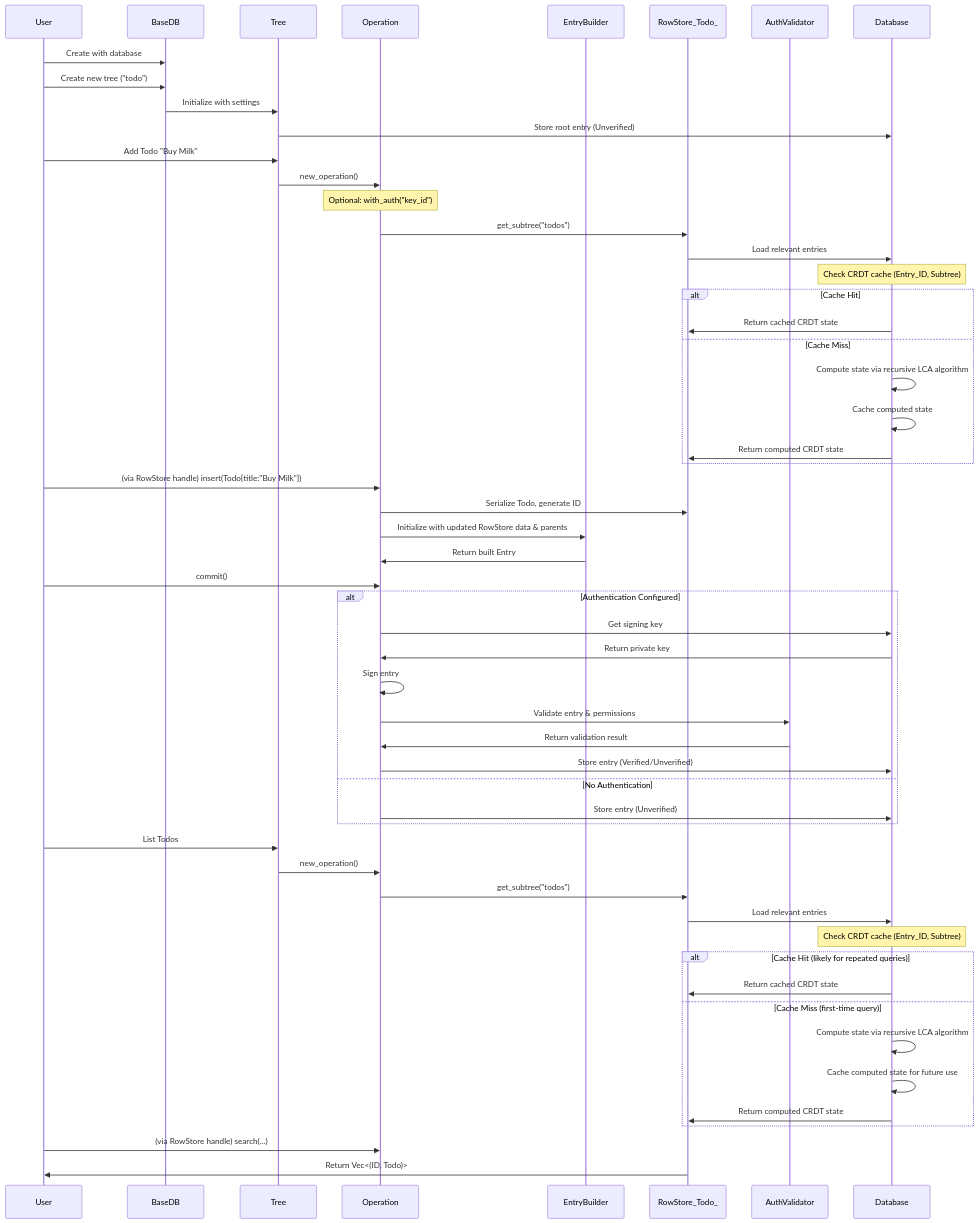
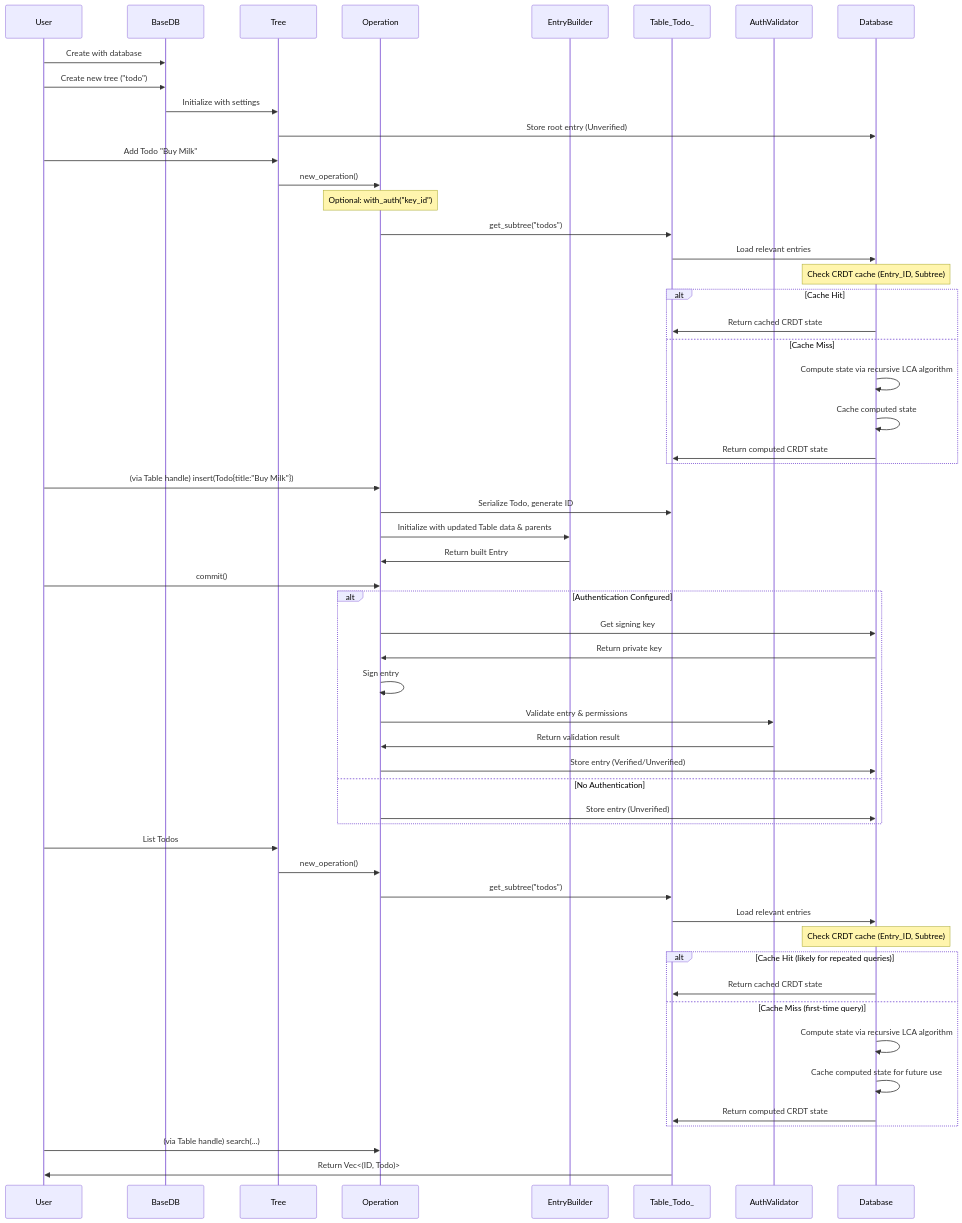
One commit to arcuru/eidetica changed the diagram in docs/src/internal/data_flow.md. Above: the diagram before and after it, drawn with Mermaid. The commit also changed 42 other files, not shown here.

Commit message:
refactor: rename subtree types KVStore->Dict, RowStore->Table, YrsStore->YDoc

````diff
--- a/docs/src/internal/data_flow.md
+++ b/docs/src/internal/data_flow.md
@@ -12,60 +12,60 @@
 ```mermaid
 sequenceDiagram
     participant User
     participant BaseDB
     participant Tree
     participant Operation
     participant EntryBuilder
-    participant RowStore_Todo_
+    participant Table_Todo_
     participant AuthValidator
     participant Database
 
     User->>BaseDB: Create with database
     User->>BaseDB: Create new tree ("todo")
     BaseDB->>Tree: Initialize with settings
     Tree->>Database: Store root entry (Unverified)
     User->>Tree: Add Todo "Buy Milk"
     Tree->>Operation: new_operation()
     Note over Operation: Optional: with_auth("key_id")
-    Operation->>RowStore_Todo_: get_subtree("todos")
-    RowStore_Todo_->>Database: Load relevant entries
+    Operation->>Table_Todo_: get_subtree("todos")
+    Table_Todo_->>Database: Load relevant entries
     Note over Database: Check CRDT cache (Entry_ID, Subtree)
     alt Cache Hit
-        Database->>RowStore_Todo_: Return cached CRDT state
+        Database->>Table_Todo_: Return cached CRDT state
     else Cache Miss
         Database->>Database: Compute state via recursive LCA algorithm
         Database->>Database: Cache computed state
-        Database->>RowStore_Todo_: Return computed CRDT state
+        Database->>Table_Todo_: Return computed CRDT state
     end
-    User->>Operation: (via RowStore handle) insert(Todo{title:"Buy Milk"})
-    Operation->>RowStore_Todo_: Serialize Todo, generate ID
-    Operation->>EntryBuilder: Initialize with updated RowStore data & parents
+    User->>Operation: (via Table handle) insert(Todo{title:"Buy Milk"})
+    Operation->>Table_Todo_: Serialize Todo, generate ID
+    Operation->>EntryBuilder: Initialize with updated Table data & parents
     EntryBuilder->>Operation: Return built Entry
     User->>Operation: commit()
 
     alt Authentication Configured
         Operation->>Database: Get signing key
         Database->>Operation: Return private key
         Operation->>Operation: Sign entry
         Operation->>AuthValidator: Validate entry & permissions
         AuthValidator->>Operation: Return validation result
         Operation->>Database: Store entry (Verified/Unverified)
     else No Authentication
         Operation->>Database: Store entry (Unverified)
     end
 
     User->>Tree: List Todos
     Tree->>Operation: new_operation()
-    Operation->>RowStore_Todo_: get_subtree("todos")
-    RowStore_Todo_->>Database: Load relevant entries
+    Operation->>Table_Todo_: get_subtree("todos")
+    Table_Todo_->>Database: Load relevant entries
     Note over Database: Check CRDT cache (Entry_ID, Subtree)
     alt Cache Hit (likely for repeated queries)
-        Database->>RowStore_Todo_: Return cached CRDT state
+        Database->>Table_Todo_: Return cached CRDT state
     else Cache Miss (first-time query)
         Database->>Database: Compute state via recursive LCA algorithm
         Database->>Database: Cache computed state for future use
-        Database->>RowStore_Todo_: Return computed CRDT state
+        Database->>Table_Todo_: Return computed CRDT state
     end
-    User->>Operation: (via RowStore handle) search(...)
-    RowStore_Todo_->>User: Return Vec<(ID, Todo)>
+    User->>Operation: (via Table handle) search(...)
+    Table_Todo_->>User: Return Vec<(ID, Todo)>
 ```
````
